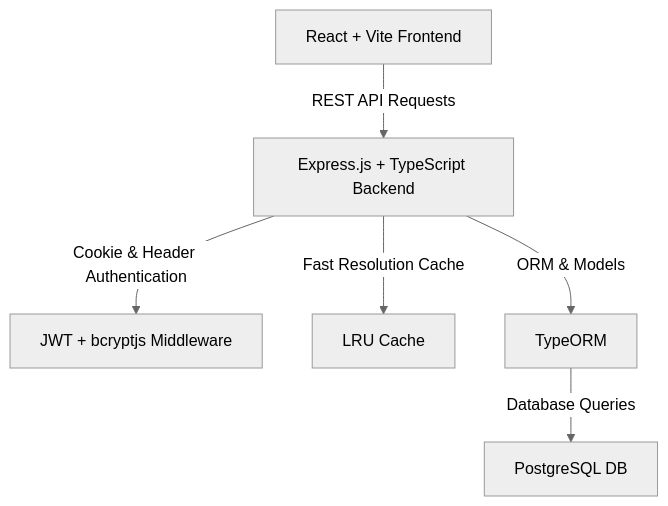
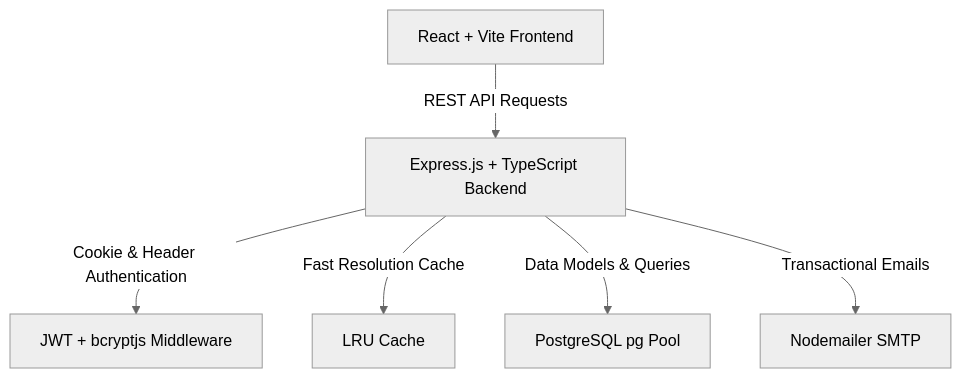
The diagram in README.md (0x0906/url-shortner), drawn with Mermaid (neutral theme) before and after one commit. The commit also changed other lines of this file and 1 other file, not shown here.

Commit message:
update project documentation for new backend architecture

````diff
--- a/README.md
+++ b/README.md
@@ -25,8 +25,8 @@
 ```mermaid
 graph TD
     A[React + Vite Frontend] -->|REST API Requests| B[Express.js + TypeScript Backend]
     B -->|Cookie & Header Authentication| C[JWT + bcryptjs Middleware]
     B -->|Fast Resolution Cache| D[LRU Cache]
-    B -->|ORM & Models| E[TypeORM]
-    E -->|Database Queries| F[PostgreSQL DB]
+    B -->|Data Models & Queries| E[PostgreSQL pg Pool]
+    B -->|Transactional Emails| F[Nodemailer SMTP]
 ```
````
